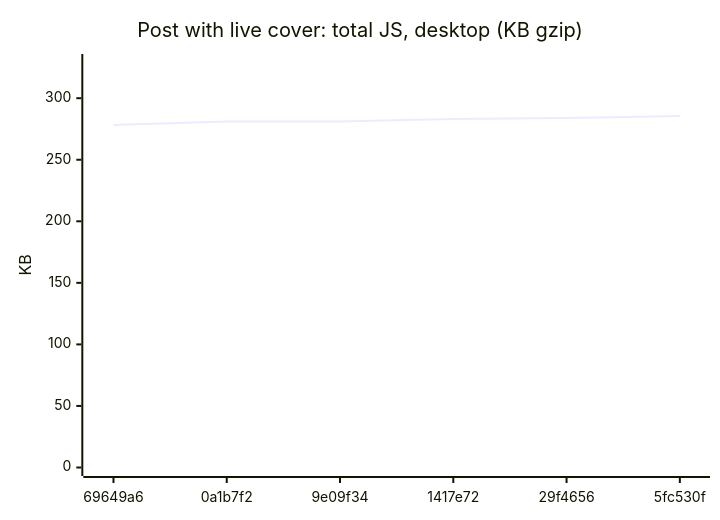
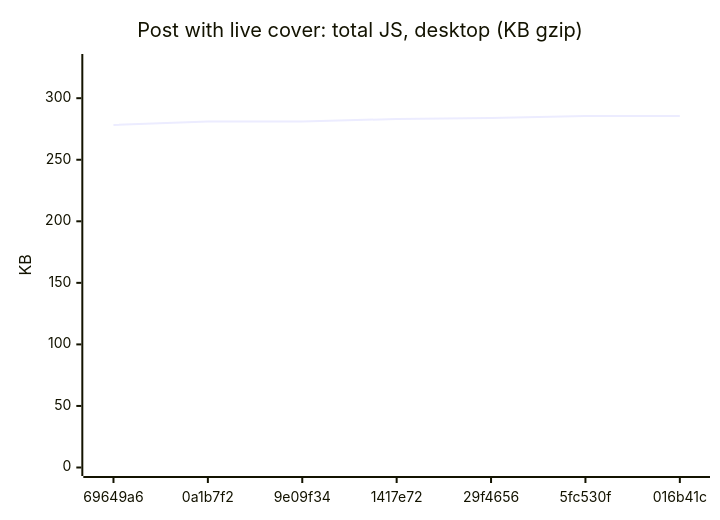
Diagram 13 of 18 in README.md (AxelUser/maltsev.space), drawn with Mermaid before and after one commit. The commit also changed other lines of this file and 1 other file, not shown here.

````diff
--- a/README.md
+++ b/README.md
@@ -143,7 +143,7 @@
 ```mermaid
 xychart-beta
   title "Post with live cover: total JS, desktop (KB gzip)"
-  x-axis ["69649a6", "0a1b7f2", "9e09f34", "1417e72", "29f4656", "5fc530f"]
+  x-axis ["69649a6", "0a1b7f2", "9e09f34", "1417e72", "29f4656", "5fc530f", "016b41c"]
   y-axis "KB" 0 --> 329
-  line [278.3, 281.1, 281.1, 283.1, 283.9, 285.5]
+  line [278.3, 281.1, 281.1, 283.1, 283.9, 285.5, 285.5]
 ```
````
